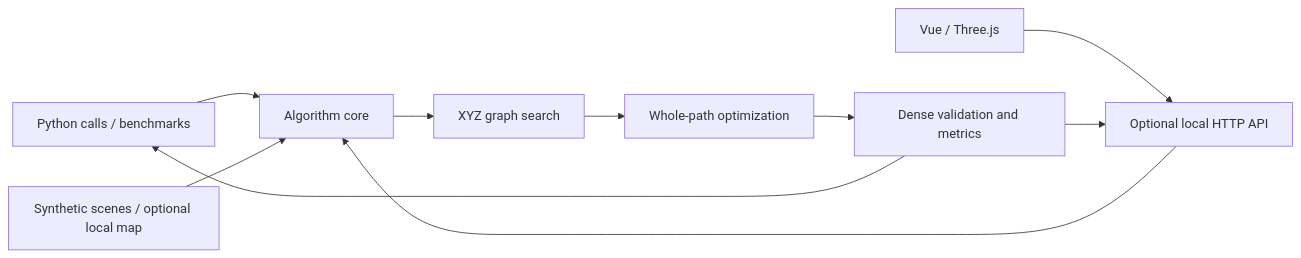
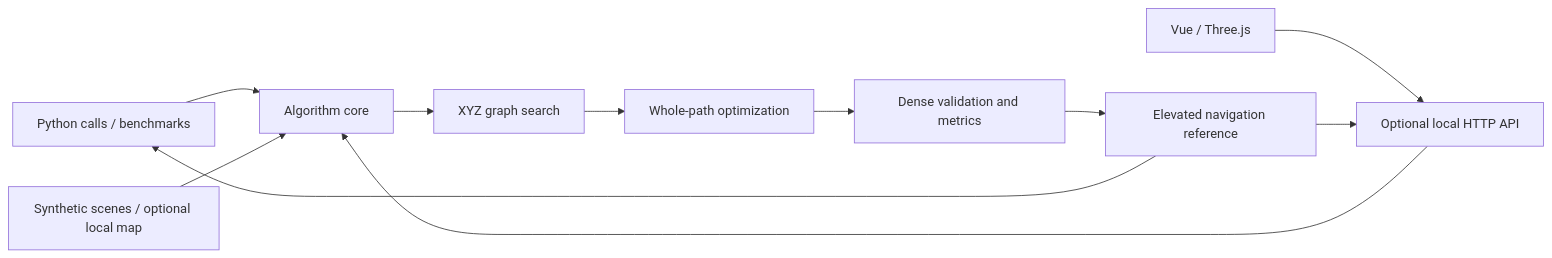
The diagram in docs/en/architecture.md (deng-weihong/terrain-path-planner), drawn with Mermaid before and after one commit. The commit also changed other lines of this file and 29 other files, not shown here.

First line of the commit message:
Add elevated navigation reference for uneven terrain

````diff
--- a/docs/en/architecture.md
+++ b/docs/en/architecture.md
@@ -9,12 +9,13 @@
 ```mermaid
 flowchart LR
     Python[Python calls / benchmarks] --> Core[Algorithm core]
     Browser[Vue / Three.js] --> API[Optional local HTTP API]
     API --> Core
     Scenes[Synthetic scenes / optional local map] --> Core
     Core --> Search[XYZ graph search]
     Search --> Smooth[Whole-path optimization]
     Smooth --> Validate[Dense validation and metrics]
-    Validate --> Python
-    Validate --> API
+    Validate --> Elevated[Elevated navigation reference]
+    Elevated --> Python
+    Elevated --> API
 ```
````
